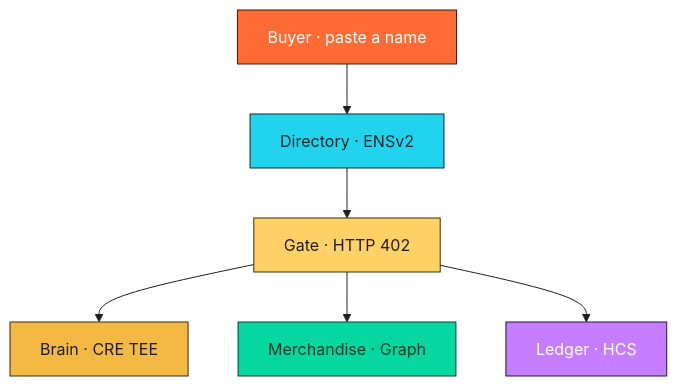
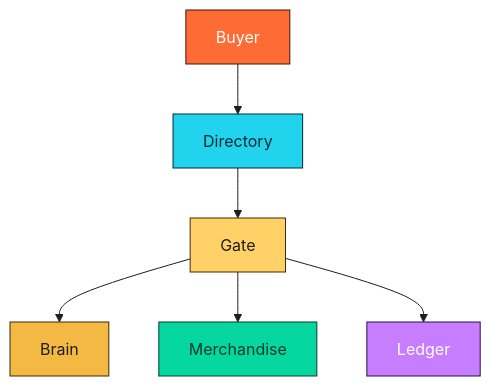
One commit to shreyas-sovani/Nametoll changed the second of 2 diagrams in README.md. Above: the diagram before and after it, drawn with Mermaid. The commit also changed other lines of this file and 14 other files, not shown here.

````diff
--- a/README.md
+++ b/README.md
@@ -120,26 +97,26 @@
 ```mermaid
 %%{init: {"theme":"base","themeVariables":{"fontFamily":"ui-sans-serif","lineColor":"#1f1e1d"}}}%%
 flowchart TB
-  Buyer["Buyer · paste a name"]
-  Dir["Directory · ENSv2"]
-  Gate["Gate · HTTP 402"]
-  Brain["Brain · CRE TEE"]
-  Merch["Merchandise · Graph"]
-  Led["Ledger · HCS"]
+  Buyer["Buyer"]
+  Dir["Directory"]
+  Gate["Gate"]
+  Brain["Brain"]
+  Merch["Merchandise"]
+  Led["Ledger"]
   Buyer --> Dir --> Gate
   Gate --> Brain
   Gate --> Merch
   Gate --> Led
   classDef b fill:#FF6B35,stroke:#3D1608,color:#fff
   classDef d fill:#22D3EE,stroke:#042A32,color:#042A32
   classDef g fill:#FFD166,stroke:#3D2E00,color:#1f1e1d
   classDef t fill:#F4B942,stroke:#3A2A08,color:#1f1e1d
   classDef m fill:#06D6A0,stroke:#063D2C,color:#063D2C
   classDef l fill:#C77DFF,stroke:#2A1040,color:#fff
   class Buyer b
   class Dir d
   class Gate g
   class Brain t
   class Merch m
   class Led l
 ```
````
